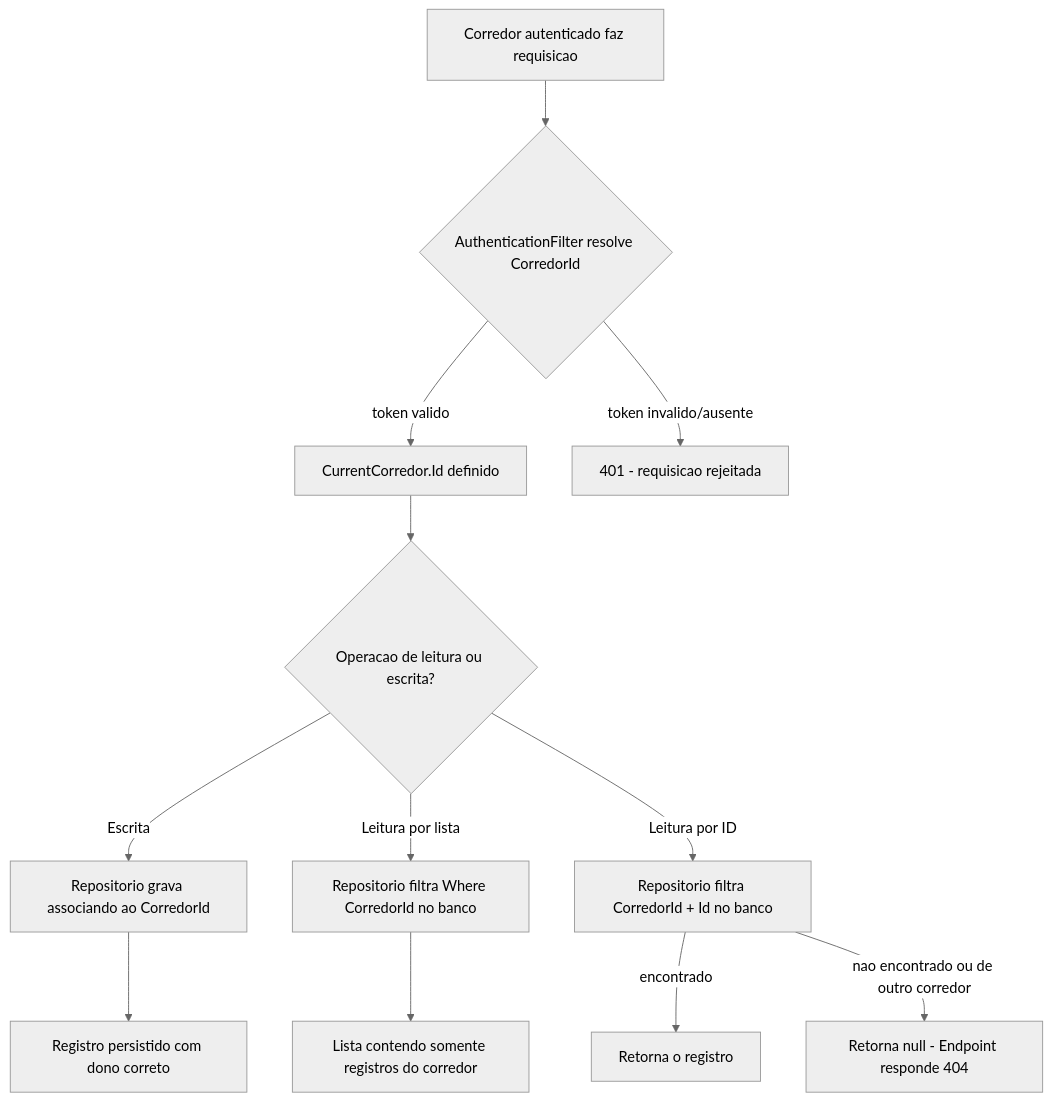
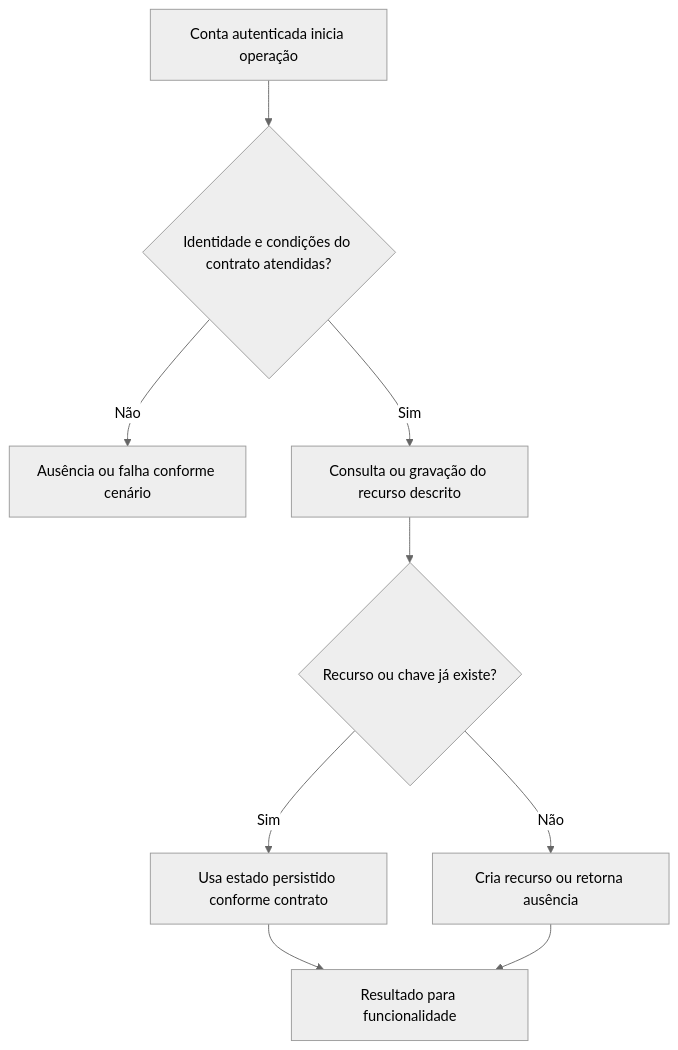
Before and after one commit to JoaoFPedro/steady-ia: the second of 2 diagrams in DocumentAIReadme/Steady.Infrastructure/BusinessRulesDocs/Isolamento-de-Dados-por-Corredor-Persistencia-Autenticacao-Rules.md, drawn with Mermaid (neutral theme). The commit also changed other lines of this file and 318 other files, not shown here.

````diff
--- a/DocumentAIReadme/Steady.Infrastructure/BusinessRulesDocs/Isolamento-de-Dados-por-Corredor-Persistencia-Autenticacao-Rules.md
+++ b/DocumentAIReadme/Steady.Infrastructure/BusinessRulesDocs/Isolamento-de-Dados-por-Corredor-Persistencia-Autenticacao-Rules.md
@@ -104,14 +45,11 @@
 ```mermaid
 flowchart TD
-    A[Corredor autenticado faz requisicao] --> B{AuthenticationFilter resolve CorredorId}
-    B -->|token valido| C[CurrentCorredor.Id definido]
-    B -->|token invalido/ausente| Z[401 - requisicao rejeitada]
-    C --> D{Operacao de leitura ou escrita?}
-    D -->|Escrita| E[Repositorio grava associando ao CorredorId]
-    D -->|Leitura por lista| F[Repositorio filtra Where CorredorId no banco]
-    D -->|Leitura por ID| G[Repositorio filtra CorredorId + Id no banco]
-    G -->|encontrado| H[Retorna o registro]
-    G -->|nao encontrado ou de outro corredor| I[Retorna null - Endpoint responde 404]
-    E --> J[Registro persistido com dono correto]
-    F --> K[Lista contendo somente registros do corredor]
+    A[Conta autenticada inicia operação] --> B{Identidade e condições do contrato atendidas?}
+    B -->|Não| C[Ausência ou falha conforme cenário]
+    B -->|Sim| D[Consulta ou gravação do recurso descrito]
+    D --> E{Recurso ou chave já existe?}
+    E -->|Sim| F[Usa estado persistido conforme contrato]
+    E -->|Não| G[Cria recurso ou retorna ausência]
+    F --> H[Resultado para funcionalidade]
+    G --> H
 ```
````
